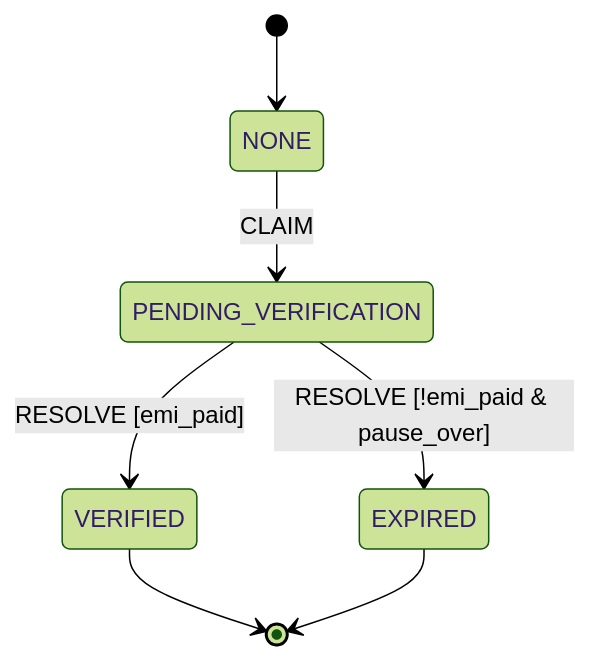
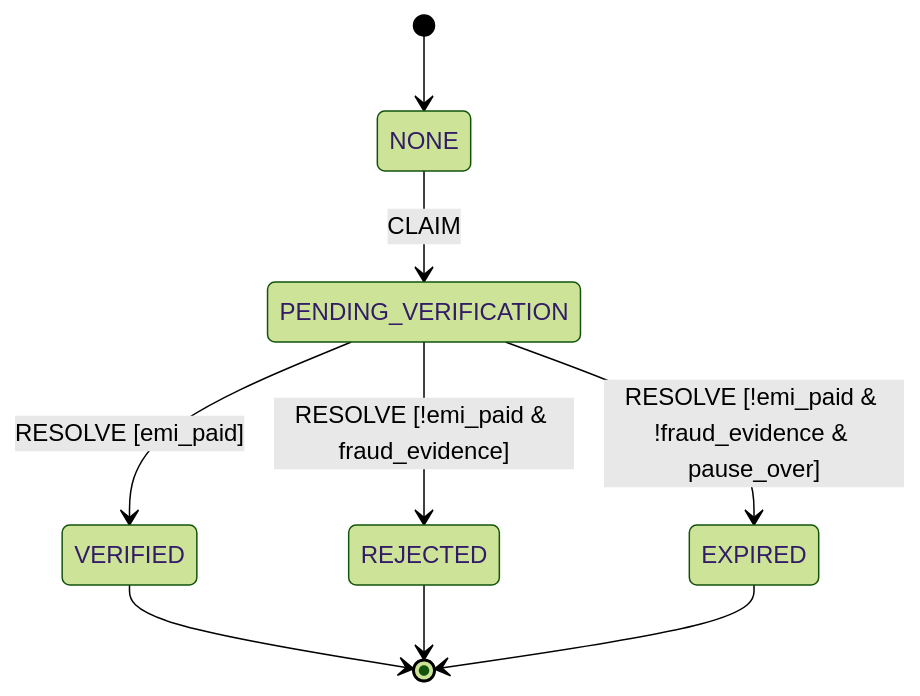
One commit to dripston/kairos changed diagram 14 of 25 in STATES.md. Above: the diagram before and after it, drawn with Mermaid (forest theme). The commit also changed other lines of this file and 5 other files, not shown here.

First line of the commit message:
FSM-F4: payment claims can be REJECTED on fraud evidence

````diff
--- a/STATES.md
+++ b/STATES.md
@@ -873,9 +873,11 @@
 ```mermaid
 stateDiagram-v2
     [*] --> NONE
     NONE --> PENDING_VERIFICATION : CLAIM
     PENDING_VERIFICATION --> VERIFIED : RESOLVE [emi_paid]
-    PENDING_VERIFICATION --> EXPIRED : RESOLVE [!emi_paid & pause_over]
+    PENDING_VERIFICATION --> REJECTED : RESOLVE [!emi_paid & fraud_evidence]
+    PENDING_VERIFICATION --> EXPIRED : RESOLVE [!emi_paid & !fraud_evidence & pause_over]
     VERIFIED --> [*]
+    REJECTED --> [*]
     EXPIRED --> [*]
 ```
````
